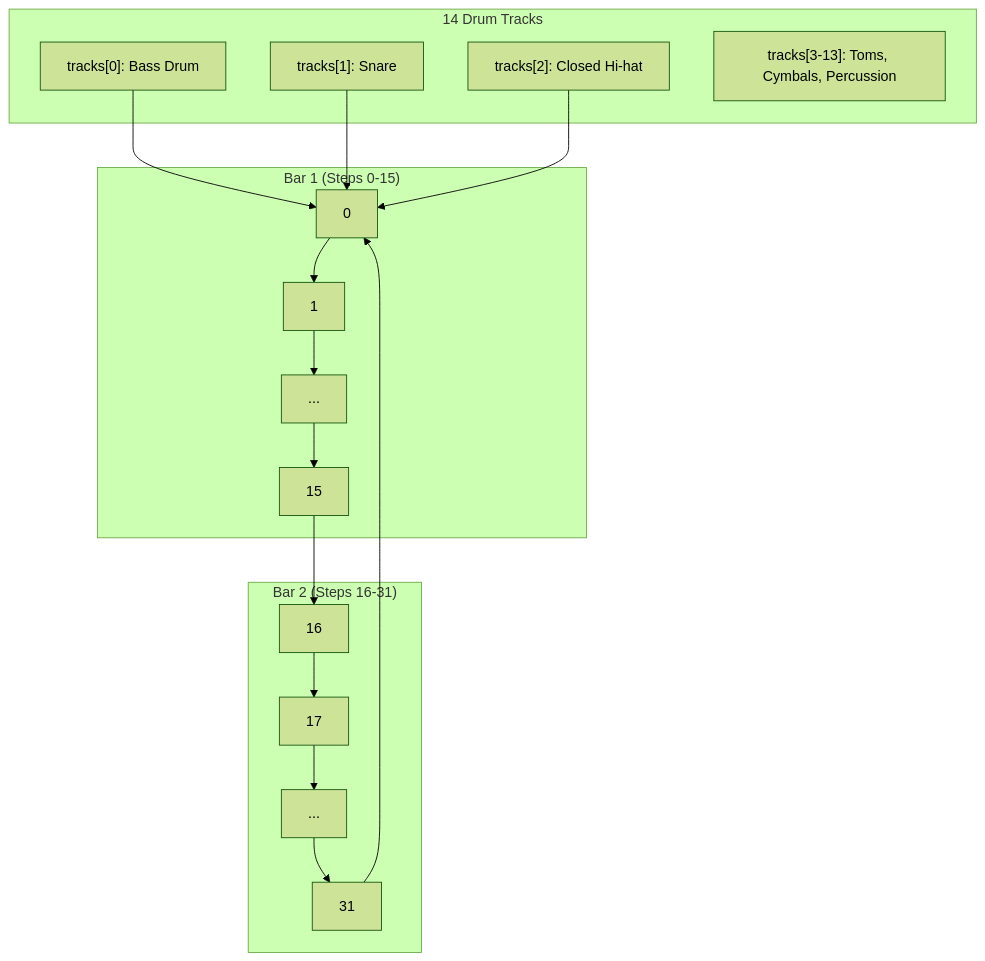
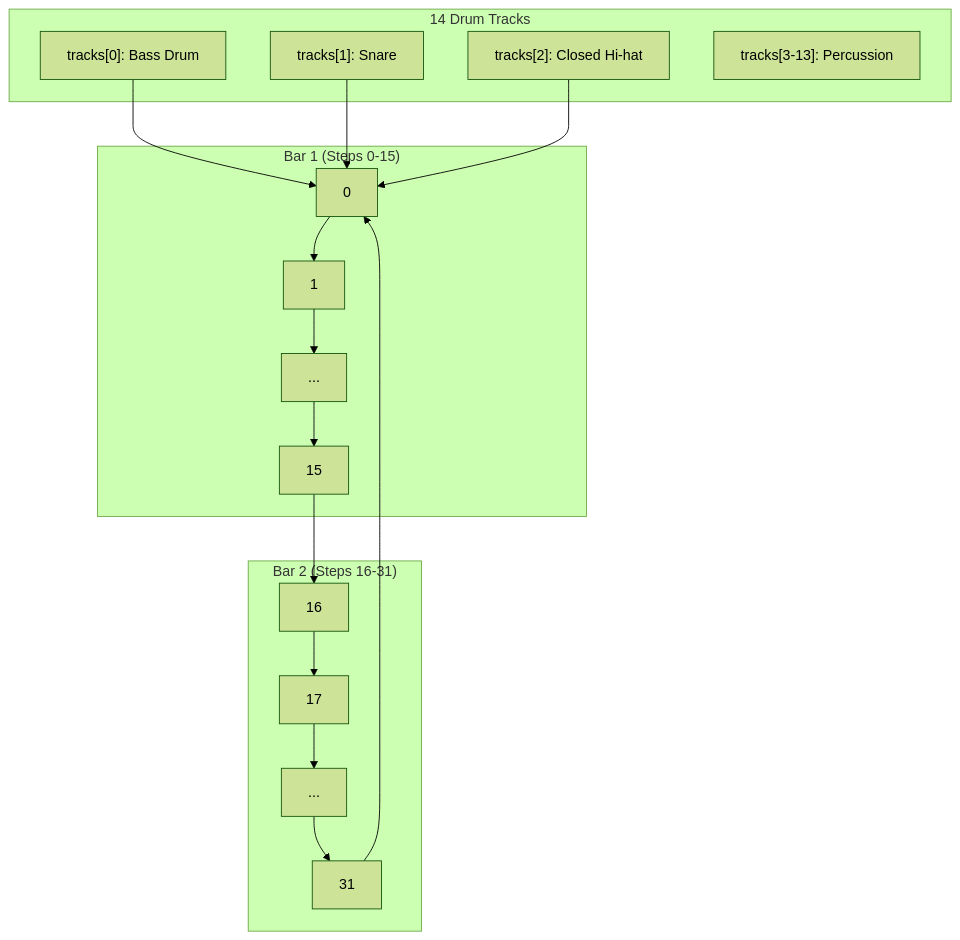
The third of 4 diagrams in wiki/5-musical-processing.md (Jus-Be/orinayo-pico), drawn with Mermaid (forest theme) before and after one commit. The commit also changed other lines of this file and 42 other files, not shown here.

````diff
--- a/wiki/5-musical-processing.md
+++ b/wiki/5-musical-processing.md
@@ -203,49 +198,49 @@
 ```mermaid
 flowchart TD
 
 B1S0["0"]
 B1S1["1"]
 B1S2["..."]
 B1S15["15"]
 B2S16["16"]
 B2S17["17"]
 B2S18["..."]
 B2S31["31"]
 T0["tracks[0]: Bass Drum"]
 T1["tracks[1]: Snare"]
 T2["tracks[2]: Closed Hi-hat"]
-T3["tracks[3-13]: Toms, Cymbals, Percussion"]
+T3["tracks[3-13]: Percussion"]
 
 B1S15 --> B2S16
 B2S31 --> B1S0
 T0 --> B1S0
 T1 --> B1S0
 T2 --> B1S0
 
 subgraph subGraph2 ["14 Drum Tracks"]
     T0
     T1
     T2
     T3
 end
 
 subgraph subGraph1 ["Bar 2 (Steps 16-31)"]
     B2S16
     B2S17
     B2S18
     B2S31
     B2S16 --> B2S17
     B2S17 --> B2S18
     B2S18 --> B2S31
 end
 
 subgraph subGraph0 ["Bar 1 (Steps 0-15)"]
     B1S0
     B1S1
     B1S2
     B1S15
     B1S0 --> B1S1
     B1S1 --> B1S2
     B1S2 --> B1S15
 end
 ```
````
